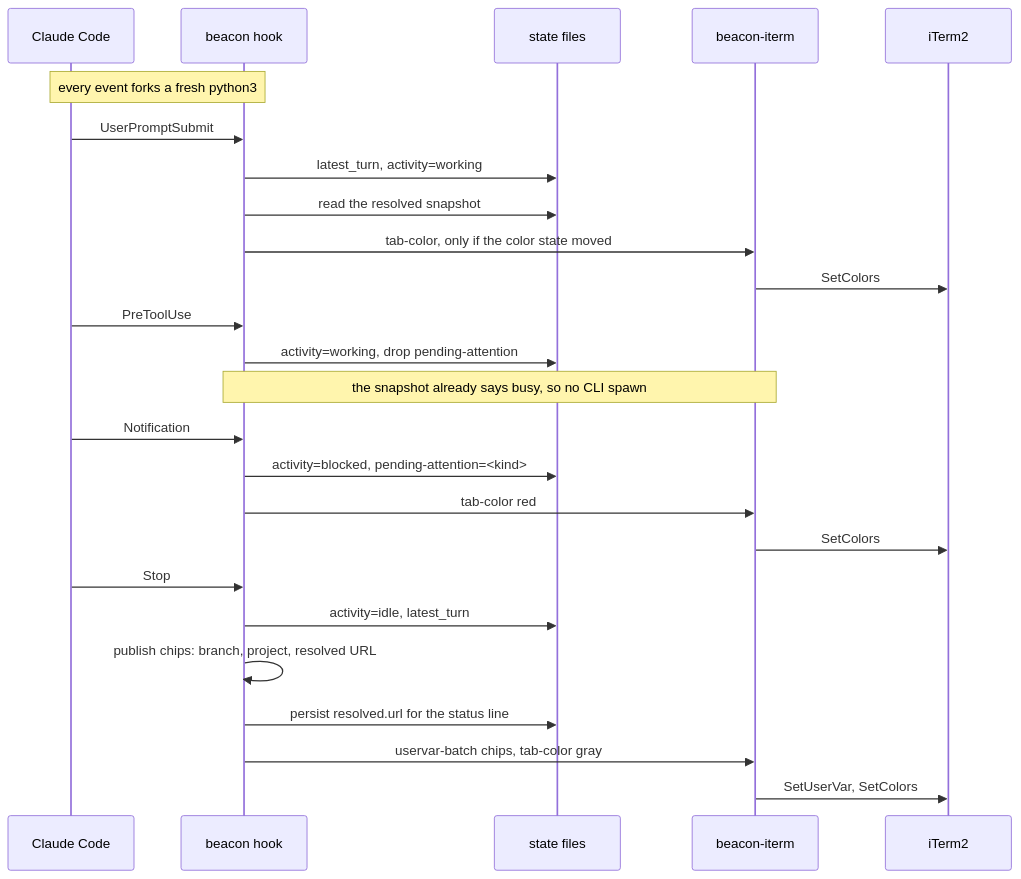
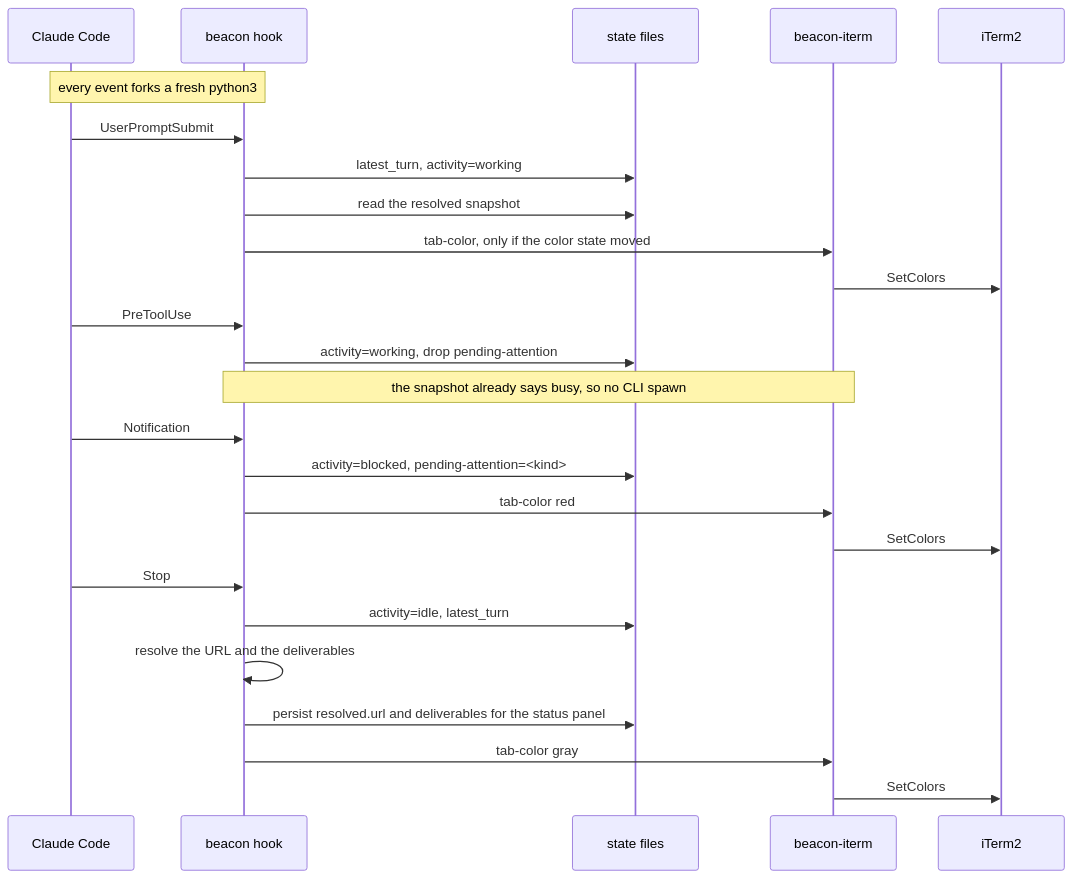
Before and after one commit to chris-peterson/beacon: the second of 3 diagrams in README.md, drawn with Mermaid. The commit also changed other lines of this file and 39 other files, not shown here.

````diff
--- a/README.md
+++ b/README.md
@@ -182,31 +166,31 @@
 ```mermaid
 sequenceDiagram
     participant CC as Claude Code
     participant H as beacon hook
     participant S as state files
     participant I as beacon-iterm
     participant T as iTerm2
 
     Note over CC,H: every event forks a fresh python3
     CC->>H: UserPromptSubmit
     H->>S: latest_turn, activity=working
     H->>S: read the resolved snapshot
     H->>I: tab-color, only if the color state moved
     I->>T: SetColors
 
     CC->>H: PreToolUse
     H->>S: activity=working, drop pending-attention
     Note over H,I: the snapshot already says busy, so no CLI spawn
 
     CC->>H: Notification
     H->>S: activity=blocked, pending-attention=<kind>
     H->>I: tab-color red
     I->>T: SetColors
 
     CC->>H: Stop
     H->>S: activity=idle, latest_turn
-    H->>H: publish chips: branch, project, resolved URL
-    H->>S: persist resolved.url for the status line
-    H->>I: uservar-batch chips, tab-color gray
-    I->>T: SetUserVar, SetColors
+    H->>H: resolve the URL and the deliverables
+    H->>S: persist resolved.url and deliverables for the status panel
+    H->>I: tab-color gray
+    I->>T: SetColors
 ```
````
